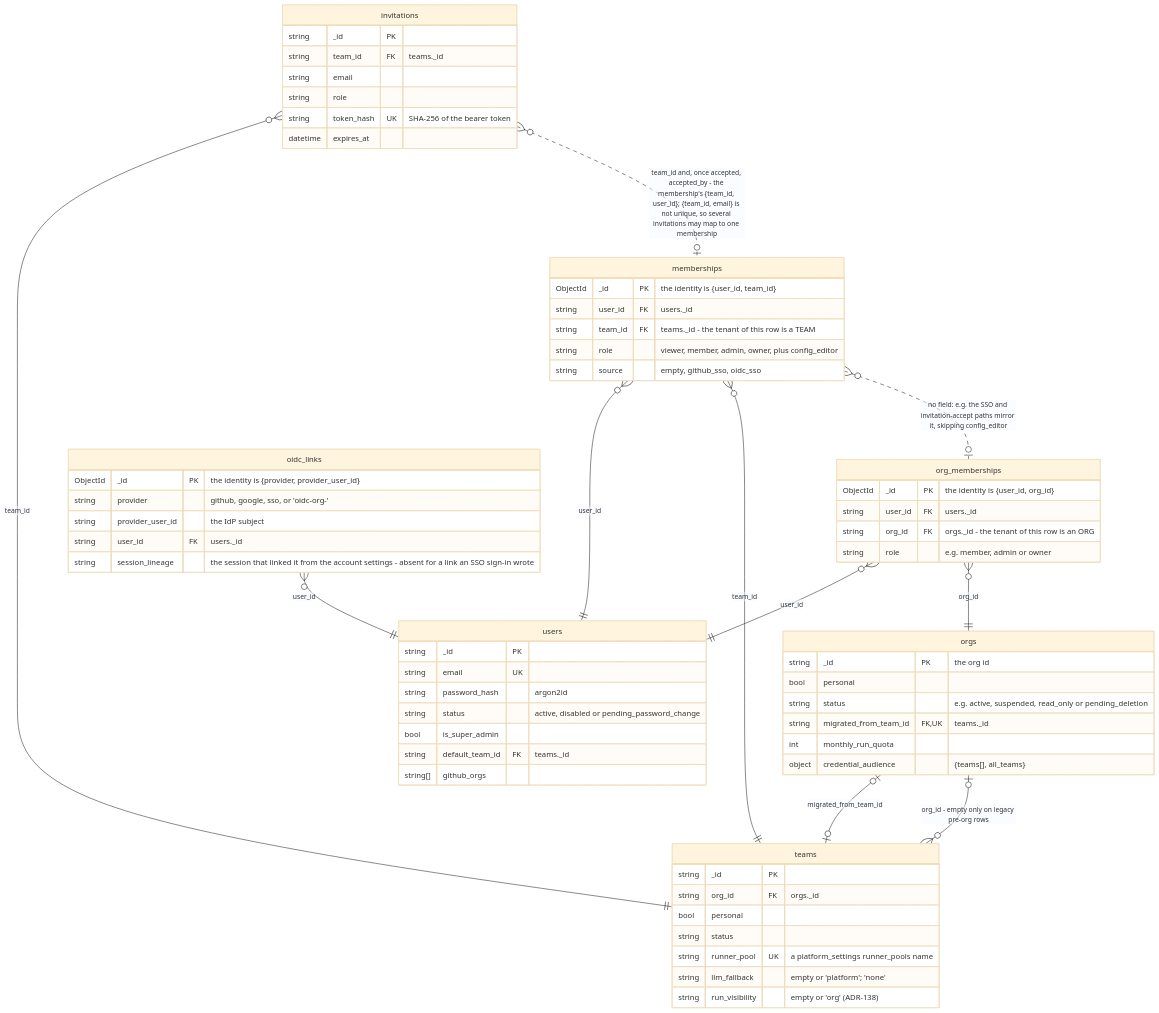
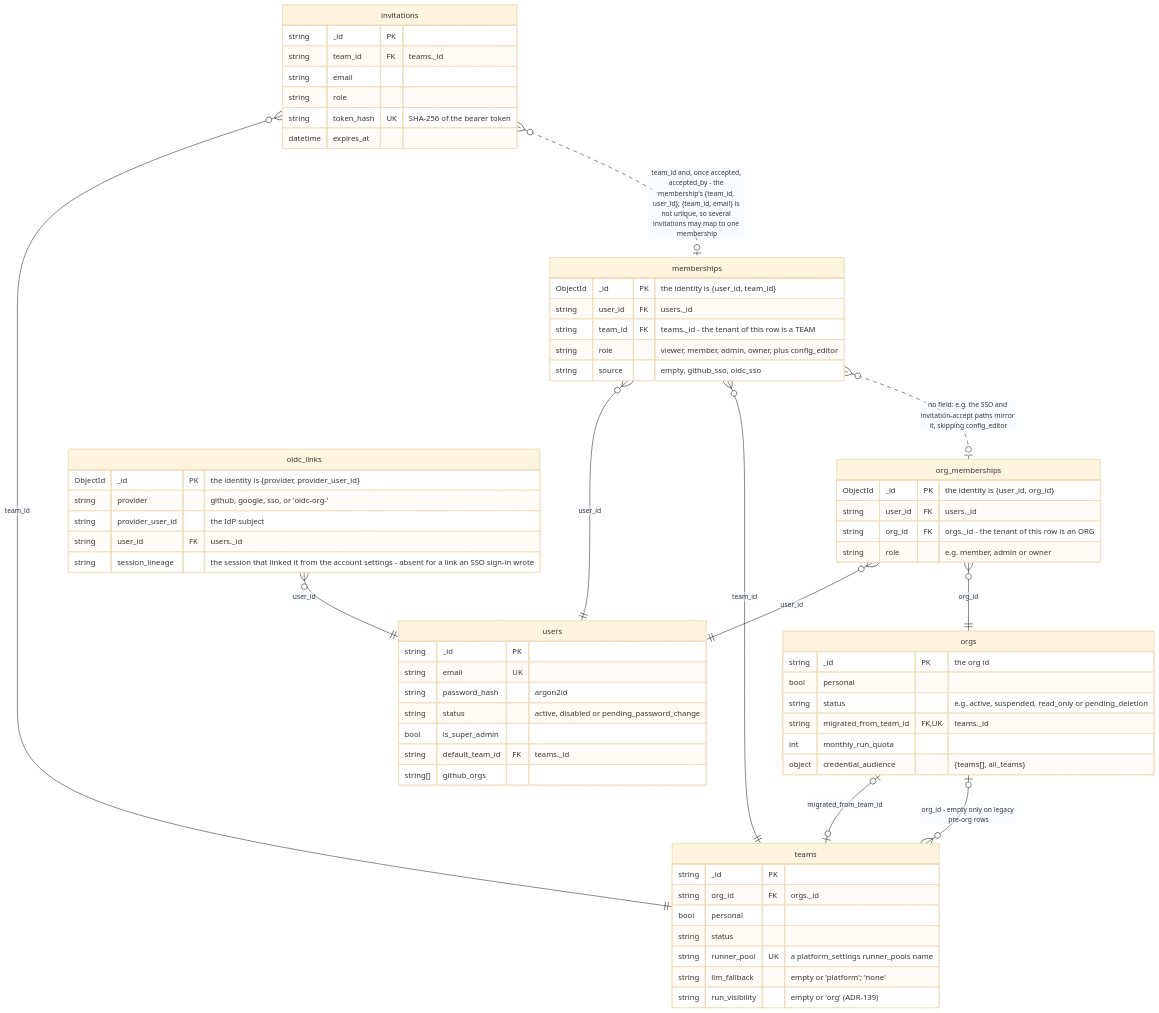
The first of 3 diagrams in docs/diagrams/data-model-identity.md (SocialGouv/iterion), drawn with Mermaid (base theme) before and after one commit. The commit also changed 21 other files, not shown here.

First line of the commit message:
docs(adr): renumber the run-visibility axis to 139 — 138 went to forge-provisioning on main

````diff
--- a/docs/diagrams/data-model-identity.md
+++ b/docs/diagrams/data-model-identity.md
@@ -9,67 +9,67 @@
 ```mermaid
 erDiagram
     orgs {
         string _id PK "the org id"
         bool personal
         string status "e.g. active, suspended, read_only or pending_deletion"
         string migrated_from_team_id FK, UK "teams._id"
         int monthly_run_quota
         object credential_audience "{teams[], all_teams}"
     }
     teams {
         string _id PK
         string org_id FK "orgs._id"
         bool personal
         string status
         string runner_pool UK "a platform_settings runner_pools name"
         string llm_fallback "empty or 'platform'; 'none'"
-        string run_visibility "empty or 'org' (ADR-138)"
+        string run_visibility "empty or 'org' (ADR-139)"
     }
     users {
         string _id PK
         string email UK
         string password_hash "argon2id"
         string status "active, disabled or pending_password_change"
         bool is_super_admin
         string default_team_id FK "teams._id"
         string[] github_orgs
     }
     org_memberships {
         ObjectId _id PK "the identity is {user_id, org_id}"
         string user_id FK "users._id"
         string org_id FK "orgs._id - the tenant of this row is an ORG"
         string role "e.g. member, admin or owner"
     }
     memberships {
         ObjectId _id PK "the identity is {user_id, team_id}"
         string user_id FK "users._id"
         string team_id FK "teams._id - the tenant of this row is a TEAM"
         string role "viewer, member, admin, owner, plus config_editor"
         string source "empty, github_sso, oidc_sso"
     }
     invitations {
         string _id PK
         string team_id FK "teams._id"
         string email
         string role
         string token_hash UK "SHA-256 of the bearer token"
         datetime expires_at
     }
     oidc_links {
         ObjectId _id PK "the identity is {provider, provider_user_id}"
         string provider "github, google, sso, or 'oidc-org-<provider id>'"
         string provider_user_id "the IdP subject"
         string user_id FK "users._id"
         string session_lineage "the session that linked it from the account settings - absent for a link an SSO sign-in wrote"
     }
     teams }o--o| orgs : "org_id - empty only on legacy pre-org rows"
     orgs |o--o| teams : "migrated_from_team_id"
     org_memberships }o--|| users : "user_id"
     org_memberships }o--|| orgs : "org_id"
     memberships }o--|| users : "user_id"
     memberships }o--|| teams : "team_id"
     memberships }o..o| org_memberships : "no field: e.g. the SSO and invitation-accept paths mirror it, skipping config_editor"
     invitations }o--|| teams : "team_id"
     invitations }o..o| memberships : "team_id and, once accepted, accepted_by - the membership's {team_id, user_id}; {team_id, email} is not unique, so several invitations may map to one membership"
     oidc_links }o--|| users : "user_id"
 ```
````
